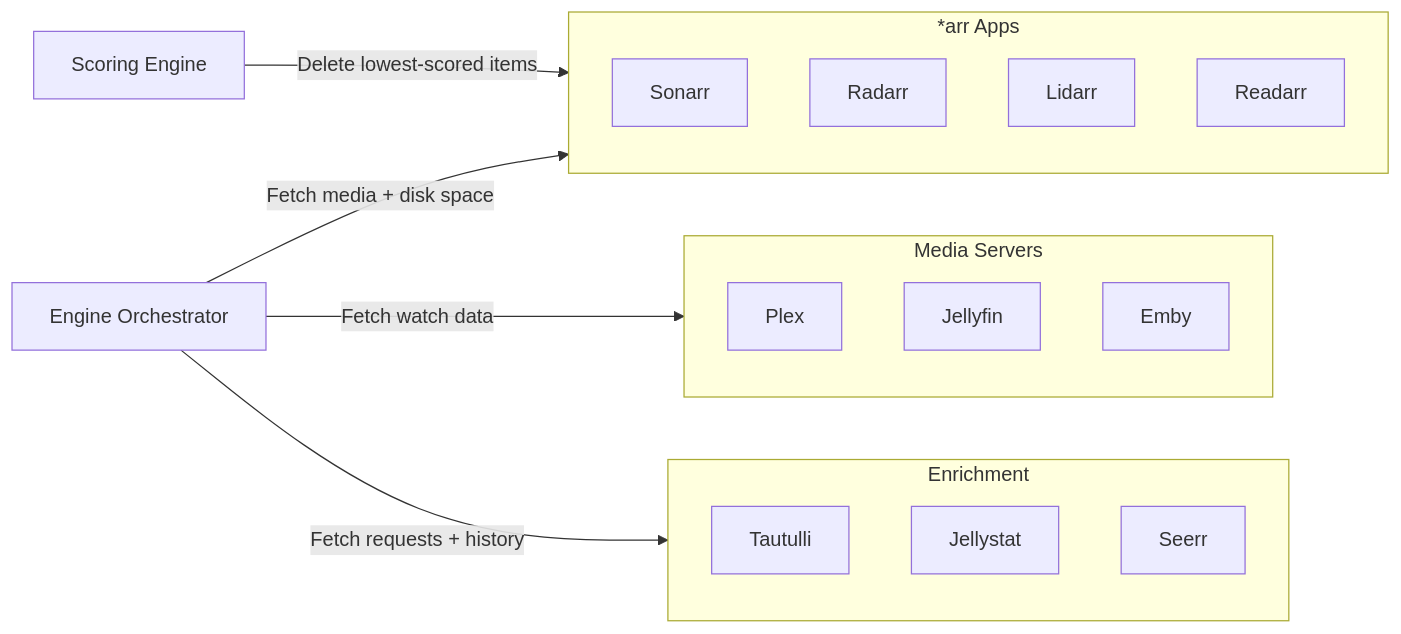
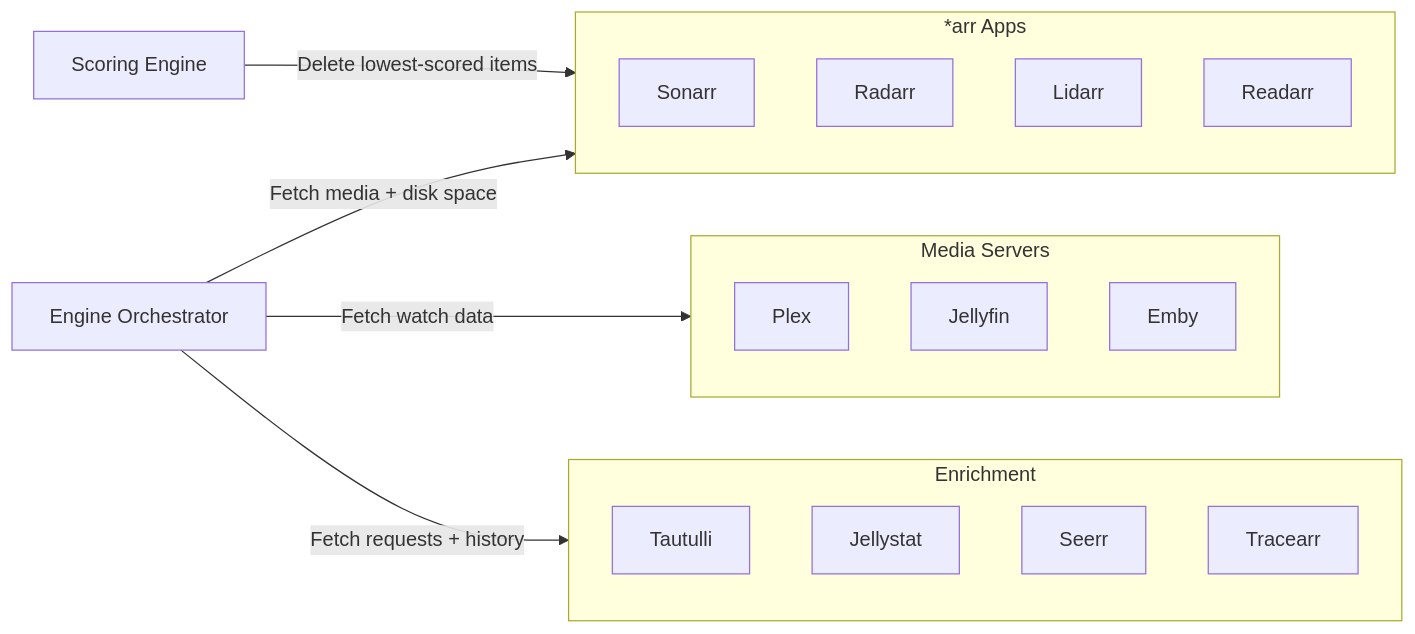
Before and after one commit to Wesleyl89/capacitarr: the second of 6 diagrams in docs/architecture.md, drawn with Mermaid. The commit also changed other lines of this file and 15 other files, not shown here.

````diff
--- a/docs/architecture.md
+++ b/docs/architecture.md
@@ -34,29 +34,30 @@
 ```mermaid
 flowchart LR
     POLLER["Engine Orchestrator"]
     ENGINE["Scoring Engine"]
 
     subgraph ARR_APPS["*arr Apps"]
         SONARR["Sonarr"]
         RADARR["Radarr"]
         LIDARR["Lidarr"]
         READARR["Readarr"]
     end
 
     subgraph MEDIA_SERVERS["Media Servers"]
         PLEX["Plex"]
         JELLYFIN["Jellyfin"]
         EMBY["Emby"]
     end
 
     subgraph ENRICHMENT["Enrichment"]
         TAUTULLI["Tautulli"]
         JELLYSTAT["Jellystat"]
         SEERR["Seerr"]
+        TRACEARR["Tracearr"]
     end
 
     POLLER -->|"Fetch media + disk space"| ARR_APPS
     POLLER -->|"Fetch watch data"| MEDIA_SERVERS
     POLLER -->|"Fetch requests + history"| ENRICHMENT
     ENGINE -->|"Delete lowest-scored items"| ARR_APPS
 ```
````
